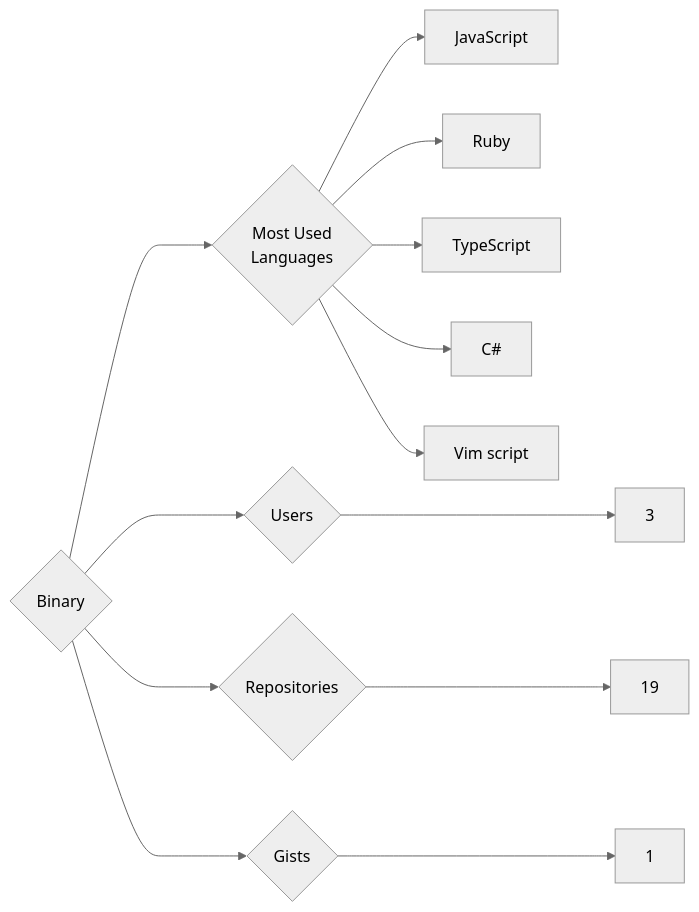
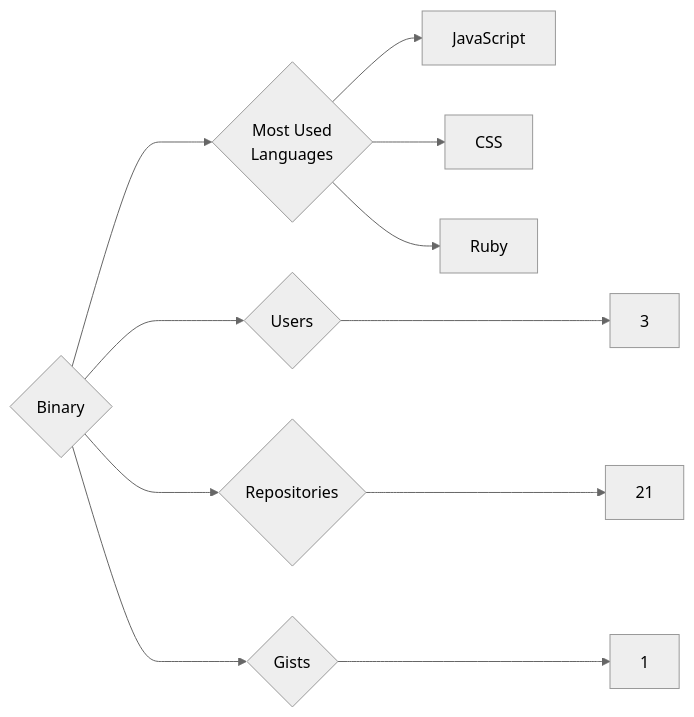
The diagram in targets/Binary/README.md (trickest/insiders), drawn with Mermaid (neutral theme) before and after one commit. The commit also changed 838 other files, not shown here.

````diff
--- a/targets/Binary/README.md
+++ b/targets/Binary/README.md
@@ -3,13 +3,11 @@
 ```mermaid
 graph LR
 COMPANY_NAME{Binary}
 COMPANY_NAME ---> U{Users} ---> UN[3]
-COMPANY_NAME ---> R{Repositories} ---> RN[19]
+COMPANY_NAME ---> R{Repositories} ---> RN[21]
 COMPANY_NAME ---> G{Gists} ---> GN[1]
 COMPANY_NAME ---> ML{Most Used<br>Languages}
 ML --> JavaScript[JavaScript]
+ML --> CSS[CSS]
 ML --> Ruby[Ruby]
-ML --> TypeScript[TypeScript]
-ML --> C#[C#]
-ML --> Vim_script[Vim script]
 ```
````
